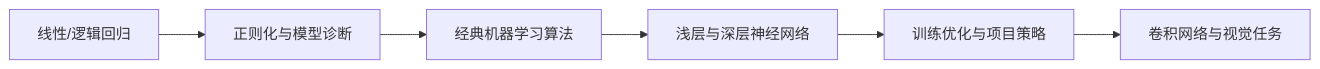
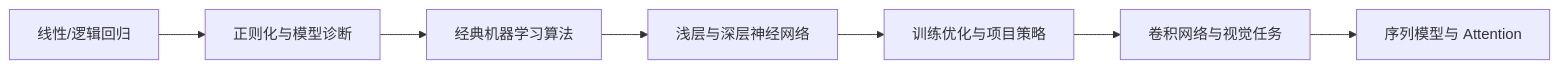
The first of 14 diagrams in blog/source/_posts/ML-DL-Course-Notes.md (Arrowes/Blog), drawn with Mermaid before and after one commit. The commit also changed other lines of this file, not shown here.

````diff
--- a/blog/source/_posts/ML-DL-Course-Notes.md
+++ b/blog/source/_posts/ML-DL-Course-Notes.md
@@ -28,8 +30,9 @@
 ```mermaid
 flowchart LR
     A[线性/逻辑回归] --> B[正则化与模型诊断]
     B --> C[经典机器学习算法]
     C --> D[浅层与深层神经网络]
     D --> E[训练优化与项目策略]
     E --> F[卷积网络与视觉任务]
+    F --> G[序列模型与 Attention]
 ```
````
